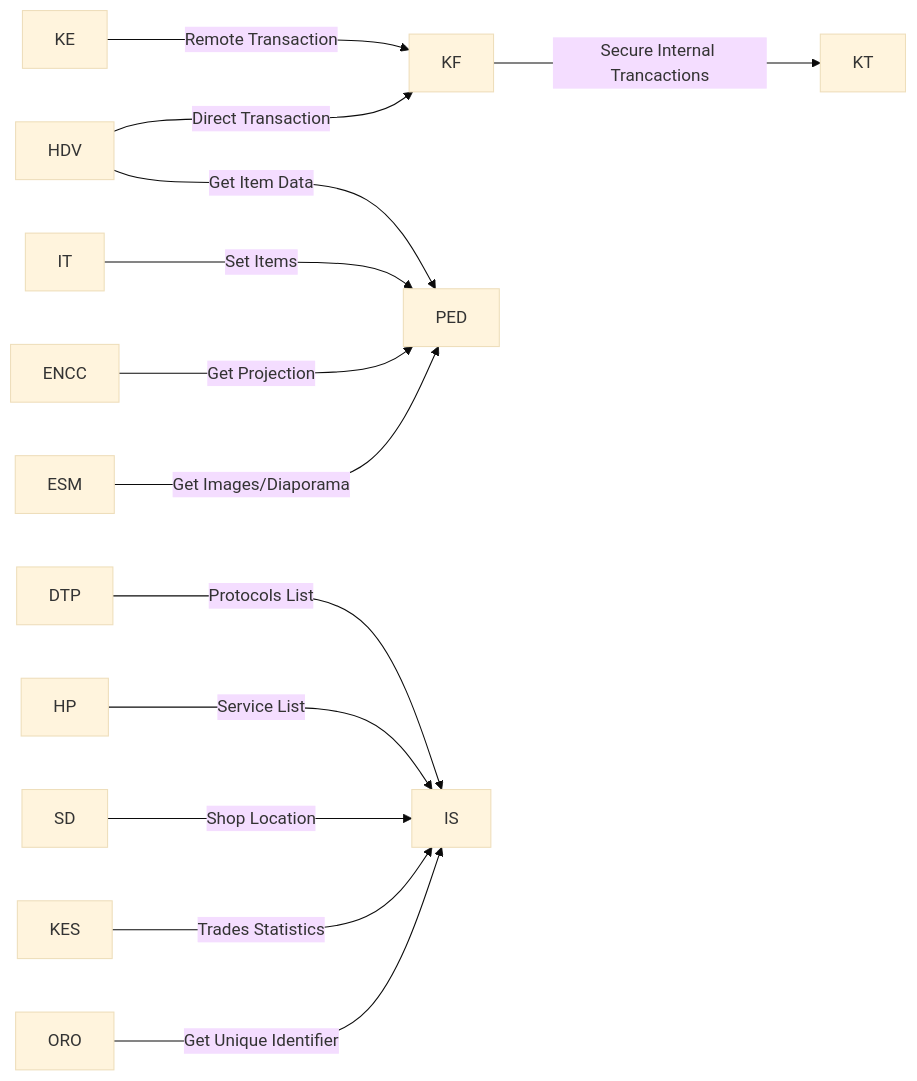
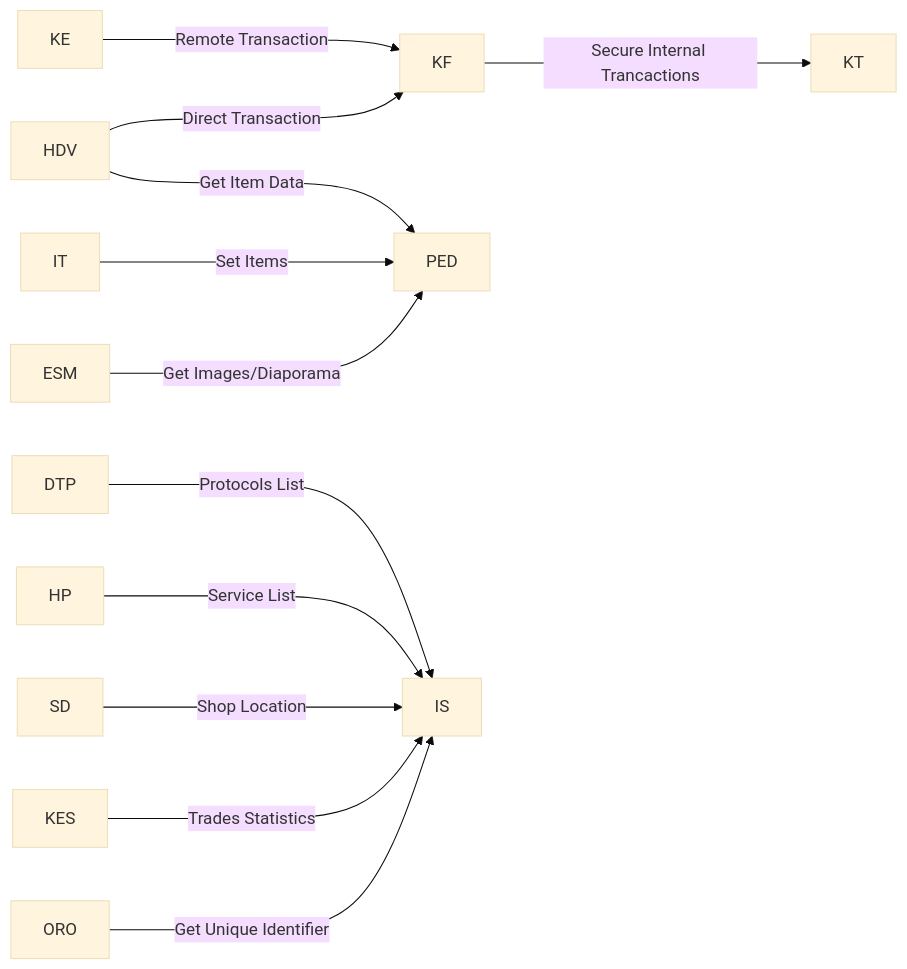
One commit to golemax/SwitchCraft-ENC-Programs changed the diagram in README.md. Above: the diagram before and after it, drawn with Mermaid (base theme). The commit also changed other lines of this file, not shown here.

Commit message:
Removing ENCC

````diff
--- a/README.md
+++ b/README.md
@@ -43,15 +41,14 @@
 ```mermaid
 flowchart LR
 KF-- Secure Internal Trancactions --->KT
 KE-- Remote Transaction --->KF
 HDV -- Direct Transaction --->KF
 HDV-- Get Item Data --->PED
 IT-- Set Items --->PED
-ENCC-- Get Projection --->PED
 ESM-- Get Images/Diaporama --->PED
 DTP-- Protocols List --->IS
 HP-- Service List --->IS
 SD-- Shop Location ---> IS
 KES-- Trades Statistics ---> IS
 ORO-- Get Unique Identifier ---> IS
 ```
````
